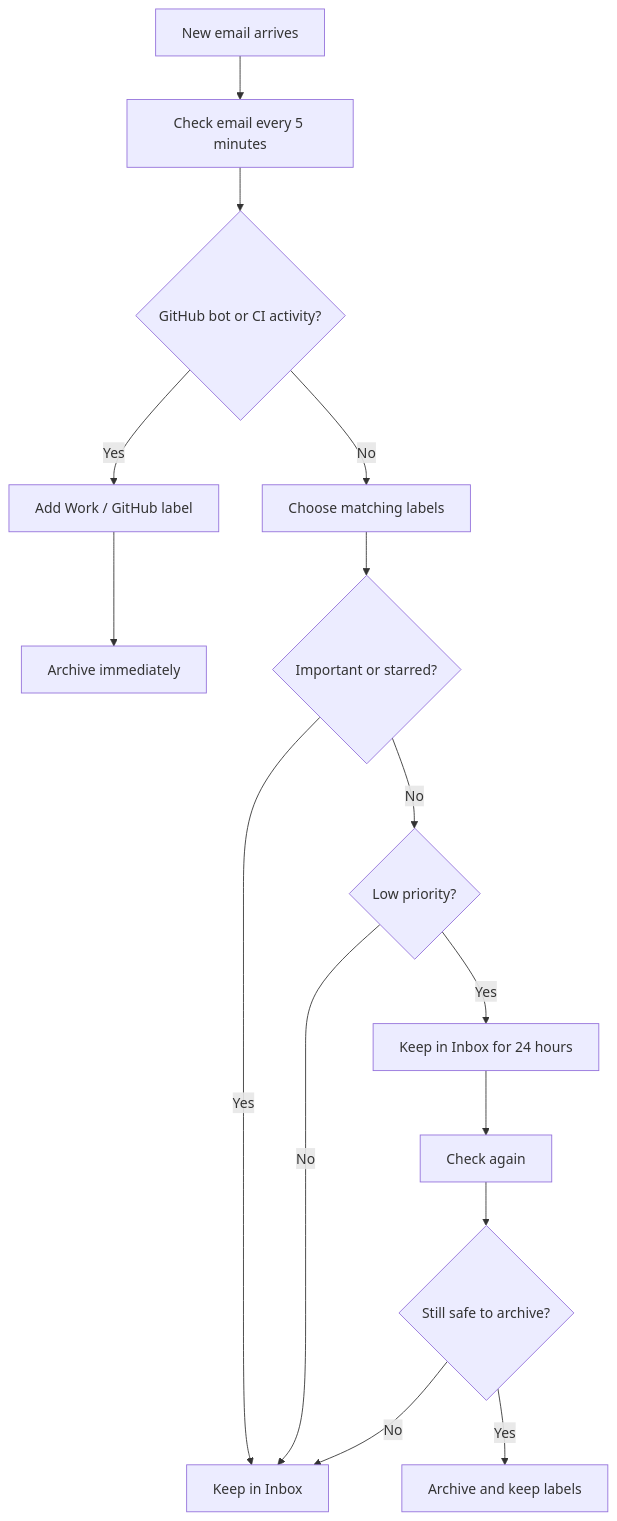
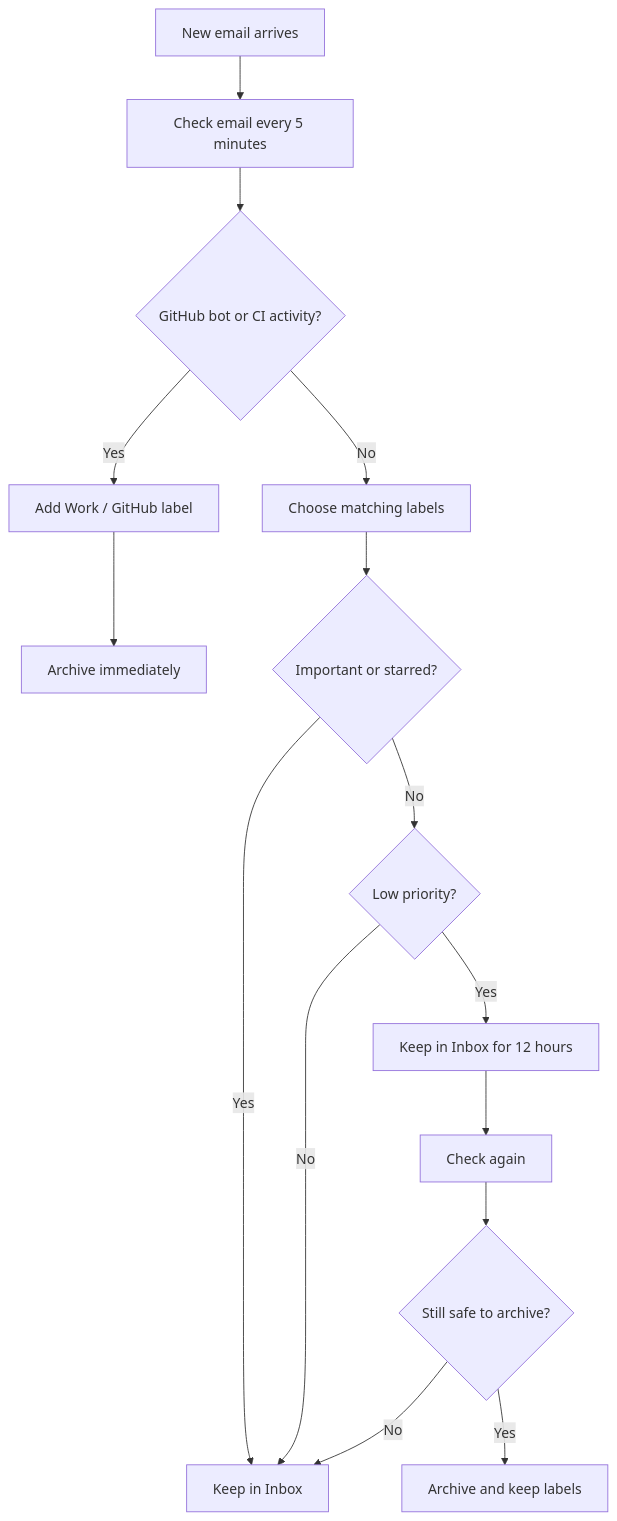
The diagram in README.md (franciscortez/google-filtering-label), drawn with Mermaid before and after one commit. The commit also changed other lines of this file and 5 other files, not shown here.

````diff
--- a/README.md
+++ b/README.md
@@ -12,17 +12,17 @@
 ```mermaid
 flowchart TD
     A[New email arrives] --> B[Check email every 5 minutes]
     B --> C{GitHub bot or CI activity?}
     C -- Yes --> D[Add Work / GitHub label]
     D --> E[Archive immediately]
     C -- No --> F[Choose matching labels]
     F --> G{Important or starred?}
     G -- Yes --> H[Keep in Inbox]
     G -- No --> I{Low priority?}
     I -- No --> H
-    I -- Yes --> J[Keep in Inbox for 24 hours]
+    I -- Yes --> J[Keep in Inbox for 12 hours]
     J --> K[Check again]
     K --> L{Still safe to archive?}
     L -- No --> H
     L -- Yes --> M[Archive and keep labels]
 ```
````
